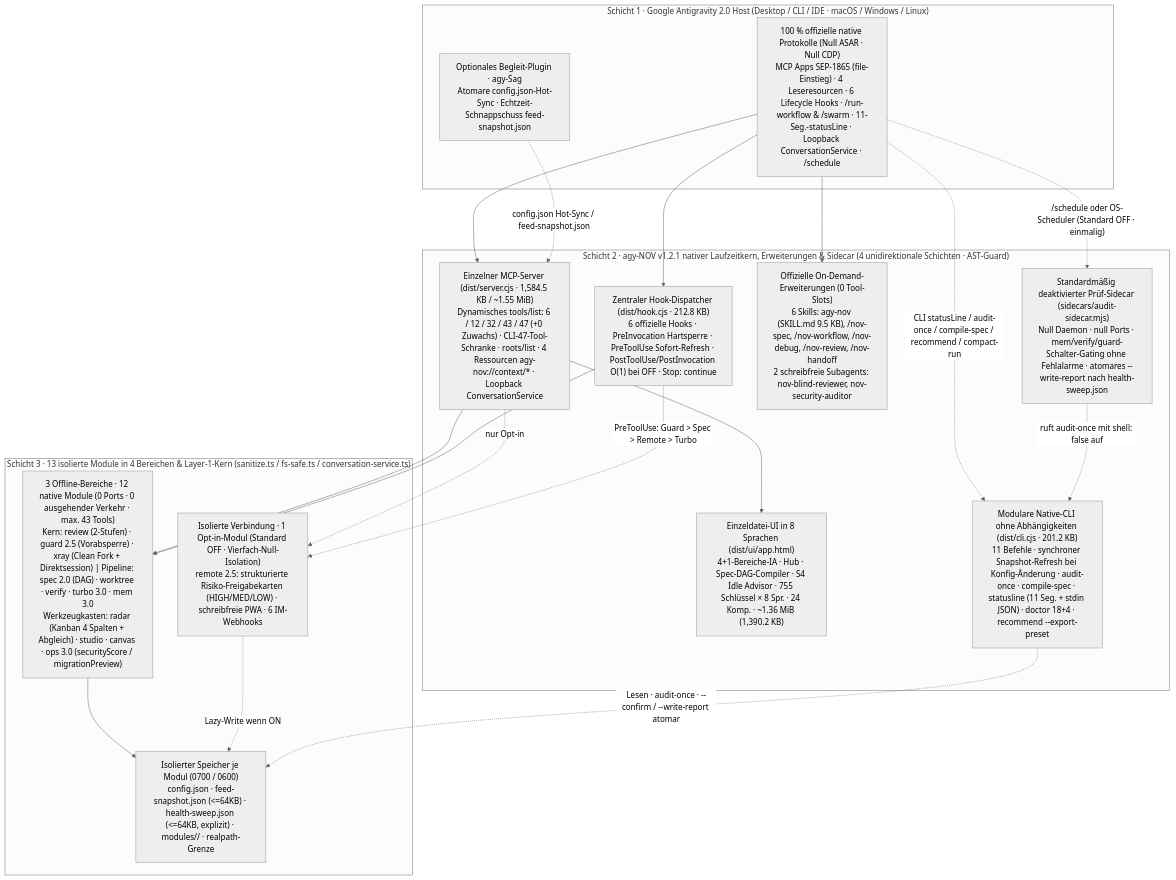
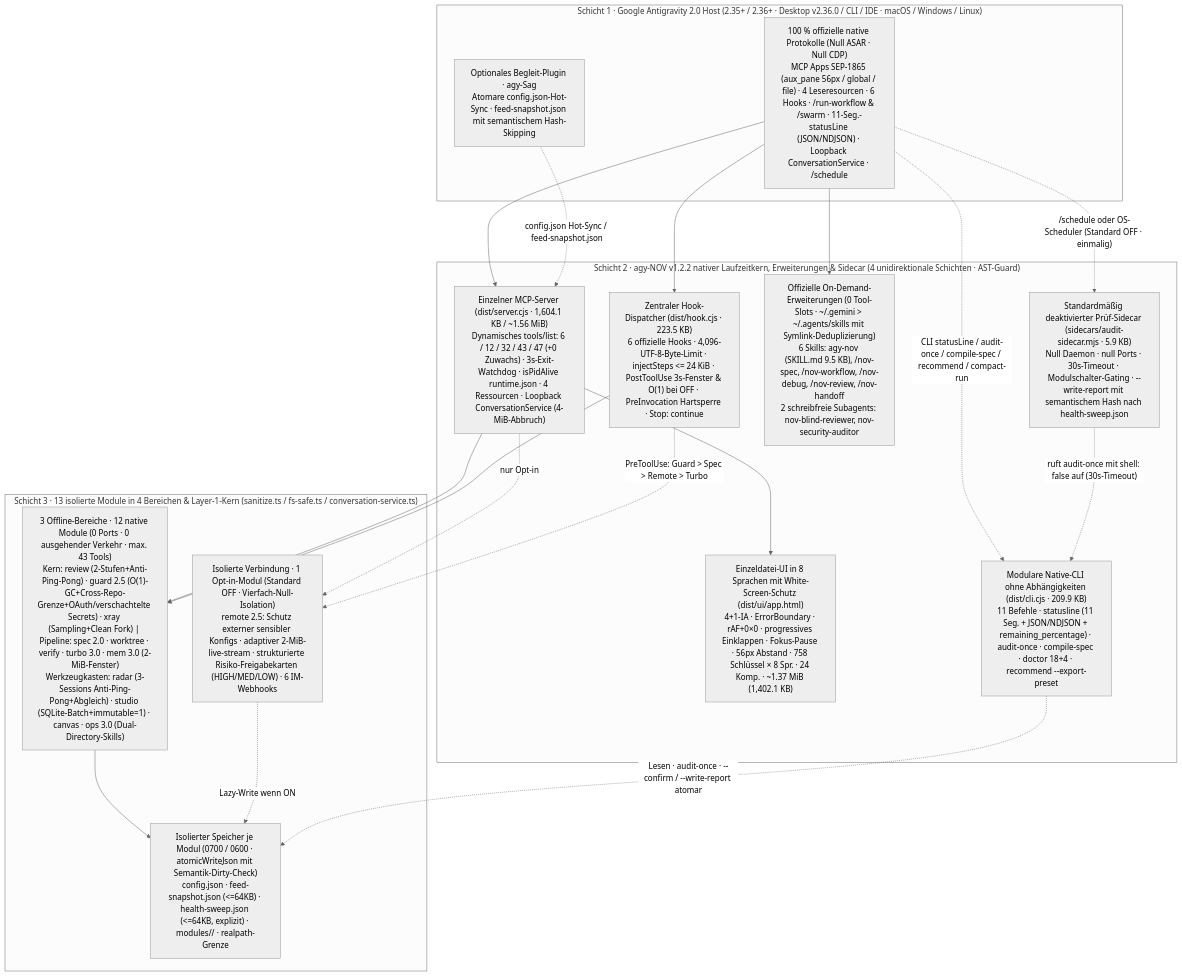
Before and after one commit to tone-leh/agy-NOV: the diagram in docs/i18n/README.de.md, drawn with Mermaid (neutral theme). The commit also changed other lines of this file and 96 other files, not shown here.

Commit message:
feat(v1.2.2): extreme-load stability hardening, write-storm suppression & Antigravity v2.36.0 compatibility

````diff
--- a/docs/i18n/README.de.md
+++ b/docs/i18n/README.de.md
@@ -270,38 +282,38 @@
 ```mermaid
 flowchart TB
-  subgraph L1["Schicht 1 · Google Antigravity 2.0 Host (Desktop / CLI / IDE · macOS / Windows / Linux)"]
-    Host["100 % offizielle native Protokolle (Null ASAR · Null CDP)\nMCP Apps SEP-1865 (file-Einstieg) · 4 Leseresourcen · 6 Lifecycle Hooks · /run-workflow & /swarm · 11-Seg.-statusLine · Loopback ConversationService · /schedule"]
-    Sag["Optionales Begleit-Plugin · agy-Sag\nAtomare config.json-Hot-Sync · Echtzeit-Schnappschuss feed-snapshot.json"]
+  subgraph L1["Schicht 1 · Google Antigravity 2.0 Host (2.35+ / 2.36+ · Desktop v2.36.0 / CLI / IDE · macOS / Windows / Linux)"]
+    Host["100 % offizielle native Protokolle (Null ASAR · Null CDP)\nMCP Apps SEP-1865 (aux_pane 56px / global / file) · 4 Leseresourcen · 6 Hooks · /run-workflow & /swarm · 11-Seg.-statusLine (JSON/NDJSON) · Loopback ConversationService · /schedule"]
+    Sag["Optionales Begleit-Plugin · agy-Sag\nAtomare config.json-Hot-Sync · feed-snapshot.json mit semantischem Hash-Skipping"]
   end
 
-  subgraph L2["Schicht 2 · agy-NOV v1.2.1 nativer Laufzeitkern, Erweiterungen & Sidecar (4 unidirektionale Schichten · AST-Guard)"]
-    MCP["Einzelner MCP-Server (dist/server.cjs · 1,584.5 KB / ~1.55 MiB)\nDynamisches tools/list: 6 / 12 / 32 / 43 / 47 (+0 Zuwachs) · CLI-47-Tool-Schranke · roots/list · 4 Ressourcen agy-nov://context/* · Loopback ConversationService"]
-    Hook["Zentraler Hook-Dispatcher (dist/hook.cjs · 212.8 KB)\n6 offizielle Hooks · PreInvocation Hartsperre · PreToolUse Sofort-Refresh · PostToolUse/PostInvocation O(1) bei OFF · Stop: continue"]
-    UI["Einzeldatei-UI in 8 Sprachen (dist/ui/app.html)\n4+1-Bereiche-IA · Hub · Spec-DAG-Compiler · S4 Idle Advisor · 755 Schlüssel × 8 Spr. · 24 Komp. · ~1.36 MiB (1,390.2 KB)"]
-    Ext["Offizielle On-Demand-Erweiterungen (0 Tool-Slots)\n6 Skills: agy-nov (SKILL.md 9.5 KB), /nov-spec, /nov-workflow, /nov-debug, /nov-review, /nov-handoff\n2 schreibfreie Subagents: nov-blind-reviewer, nov-security-auditor"]
-    CLI["Modulare Native-CLI ohne Abhängigkeiten (dist/cli.cjs · 201.2 KB)\n11 Befehle · synchroner Snapshot-Refresh bei Konfig-Änderung · audit-once · compile-spec · statusline (11 Seg. + stdin JSON) · doctor 18+4 · recommend --export-preset"]
-    Sidecar["Standardmäßig deaktivierter Prüf-Sidecar (sidecars/audit-sidecar.mjs)\nNull Daemon · null Ports · mem/verify/guard-Schalter-Gating ohne Fehlalarme · atomares --write-report nach health-sweep.json"]
+  subgraph L2["Schicht 2 · agy-NOV v1.2.2 nativer Laufzeitkern, Erweiterungen & Sidecar (4 unidirektionale Schichten · AST-Guard)"]
+    MCP["Einzelner MCP-Server (dist/server.cjs · 1,604.1 KB / ~1.56 MiB)\nDynamisches tools/list: 6 / 12 / 32 / 43 / 47 (+0 Zuwachs) · 3s-Exit-Watchdog · isPidAlive runtime.json · 4 Ressourcen · Loopback ConversationService (4-MiB-Abbruch)"]
+    Hook["Zentraler Hook-Dispatcher (dist/hook.cjs · 223.5 KB)\n6 offizielle Hooks · 4,096-UTF-8-Byte-Limit · injectSteps <= 24 KiB · PostToolUse 3s-Fenster & O(1) bei OFF · PreInvocation Hartsperre · Stop: continue"]
+    UI["Einzeldatei-UI in 8 Sprachen mit White-Screen-Schutz (dist/ui/app.html)\n4+1-IA · ErrorBoundary · rAF+0×0 · progressives Einklappen · Fokus-Pause · 56px Abstand · 758 Schlüssel × 8 Spr. · 24 Komp. · ~1.37 MiB (1,402.1 KB)"]
+    Ext["Offizielle On-Demand-Erweiterungen (0 Tool-Slots · ~/.gemini > ~/.agents/skills mit Symlink-Deduplizierung)\n6 Skills: agy-nov (SKILL.md 9.5 KB), /nov-spec, /nov-workflow, /nov-debug, /nov-review, /nov-handoff\n2 schreibfreie Subagents: nov-blind-reviewer, nov-security-auditor"]
+    CLI["Modulare Native-CLI ohne Abhängigkeiten (dist/cli.cjs · 209.9 KB)\n11 Befehle · statusline (11 Seg. + JSON/NDJSON + remaining_percentage) · audit-once · compile-spec · doctor 18+4 · recommend --export-preset"]
+    Sidecar["Standardmäßig deaktivierter Prüf-Sidecar (sidecars/audit-sidecar.mjs · 5.9 KB)\nNull Daemon · null Ports · 30s-Timeout · Modulschalter-Gating · --write-report mit semantischem Hash nach health-sweep.json"]
   end
 
   subgraph L3["Schicht 3 · 13 isolierte Module in 4 Bereichen & Layer-1-Kern (sanitize.ts / fs-safe.ts / conversation-service.ts)"]
-    T1["3 Offline-Bereiche · 12 native Module (0 Ports · 0 ausgehender Verkehr · max. 43 Tools)\nKern: review (2-Stufen) · guard 2.5 (Vorabsperre) · xray (Clean Fork + Direktsession) | Pipeline: spec 2.0 (DAG) · worktree · verify · turbo 3.0 · mem 3.0\nWerkzeugkasten: radar (Kanban 4 Spalten + Abgleich) · studio · canvas · ops 3.0 (securityScore / migrationPreview)"]
-    T2R["Isolierte Verbindung · 1 Opt-in-Modul (Standard OFF · Vierfach-Null-Isolation)\nremote 2.5: strukturierte Risiko-Freigabekarten (HIGH/MED/LOW) · schreibfreie PWA · 6 IM-Webhooks"]
-    Store["Isolierter Speicher je Modul (0700 / 0600)\nconfig.json · feed-snapshot.json (<=64KB) · health-sweep.json (<=64KB, explizit) · modules/<id>/ · realpath-Grenze"]
+    T1["3 Offline-Bereiche · 12 native Module (0 Ports · 0 ausgehender Verkehr · max. 43 Tools)\nKern: review (2-Stufen+Anti-Ping-Pong) · guard 2.5 (O(1)-GC+Cross-Repo-Grenze+OAuth/verschachtelte Secrets) · xray (Sampling+Clean Fork) | Pipeline: spec 2.0 · worktree · verify · turbo 3.0 · mem 3.0 (2-MiB-Fenster)\nWerkzeugkasten: radar (3-Sessions Anti-Ping-Pong+Abgleich) · studio (SQLite-Batch+immutable=1) · canvas · ops 3.0 (Dual-Directory-Skills)"]
+    T2R["Isolierte Verbindung · 1 Opt-in-Modul (Standard OFF · Vierfach-Null-Isolation)\nremote 2.5: Schutz externer sensibler Konfigs · adaptiver 2-MiB-live-stream · strukturierte Risiko-Freigabekarten (HIGH/MED/LOW) · 6 IM-Webhooks"]
+    Store["Isolierter Speicher je Modul (0700 / 0600 · atomicWriteJson mit Semantik-Dirty-Check)\nconfig.json · feed-snapshot.json (<=64KB) · health-sweep.json (<=64KB, explizit) · modules/<id>/ · realpath-Grenze"]
   end
 
   Host --> MCP
   Host --> Hook
   Host --> Ext
   Host -. "CLI statusLine / audit-once / compile-spec / recommend / compact-run" .-> CLI
   Host -. "/schedule oder OS-Scheduler (Standard OFF · einmalig)" .-> Sidecar
-  Sidecar -. "ruft audit-once mit shell: false auf" .-> CLI
+  Sidecar -. "ruft audit-once mit shell: false auf (30s-Timeout)" .-> CLI
   Sag -. "config.json Hot-Sync / feed-snapshot.json" .-> MCP
   MCP --> UI
   MCP --> T1
   MCP -. "nur Opt-in" .-> T2R
   Hook --> T1
   Hook -. "PreToolUse: Guard > Spec > Remote > Turbo" .-> T2R
   T1 --> Store
   T2R -. "Lazy-Write wenn ON" .-> Store
   CLI -. "Lesen · audit-once · --confirm / --write-report atomar" .-> Store
 ```
````
